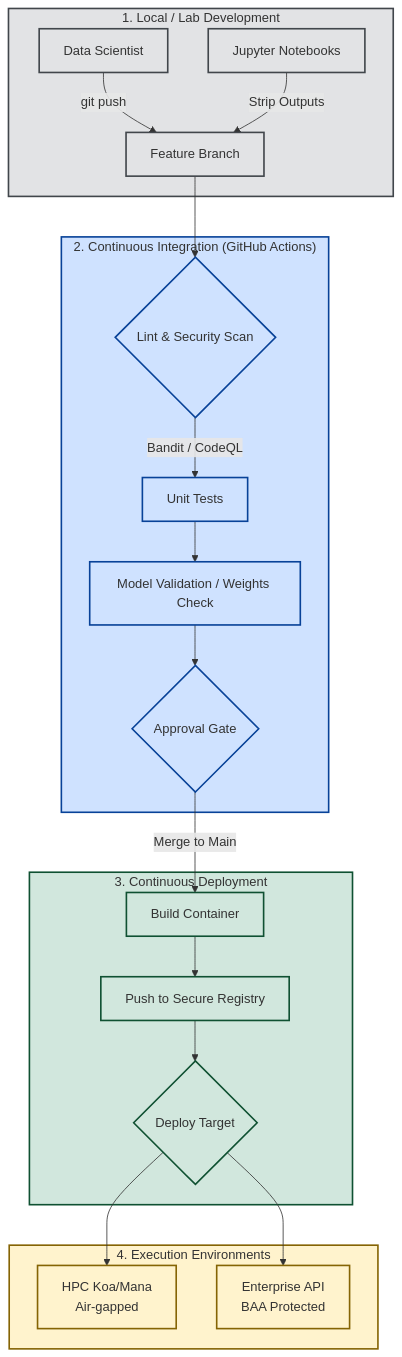
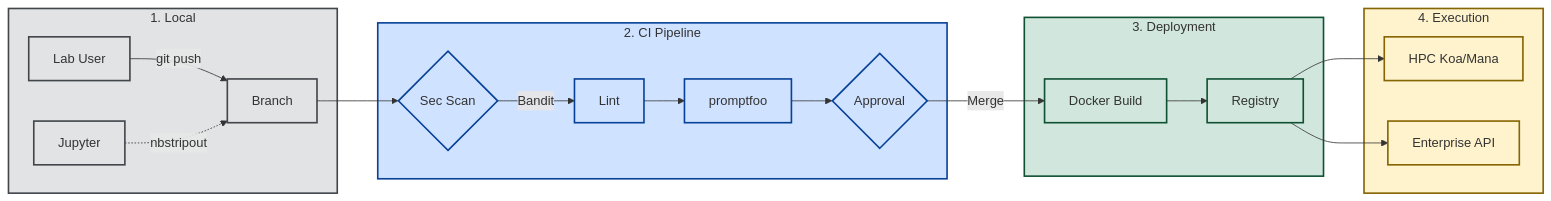
One commit to University-of-Hawaii-Cancer-Center/-AI-DEVSECOPS-UHCC changed the third of 4 diagrams in README.md. Above: the diagram before and after it, drawn with Mermaid.

Commit message:
Streamline ML Ops Architecture diagram to render horizontally and save vertical space

````diff
--- a/README.md
+++ b/README.md
@@ -113,36 +113,35 @@
 ```mermaid
-graph TD
-    subgraph Dev ["1. Local / Lab Development"]
-        D1[Data Scientist] -->|git push| D2[Feature Branch]
-        D3[Jupyter Notebooks] -->|Strip Outputs| D2
+graph LR
+    subgraph Dev ["1. Local"]
+        D1[Lab User] -->|git push| D2[Branch]
+        D3[Jupyter] -.->|nbstripout| D2
     end
 
-    subgraph CI ["2. Continuous Integration (GitHub Actions)"]
-        D2 --> C1{Lint & Security Scan}
-        C1 -->|Bandit / CodeQL| C2[Unit Tests]
-        C2 --> C3[Model Validation / Weights Check]
-        C3 --> C4{Approval Gate}
+    subgraph CI ["2. CI Pipeline"]
+        D2 --> C1{Sec Scan}
+        C1 -->|Bandit| C2[Lint]
+        C2 --> C3[promptfoo]
+        C3 --> C4{Approval}
     end
 
-    subgraph CD ["3. Continuous Deployment"]
-        C4 -->|Merge to Main| CD1[Build Container]
-        CD1 --> CD2[Push to Secure Registry]
-        CD2 --> CD3{Deploy Target}
+    subgraph CD ["3. Deployment"]
+        C4 -->|Merge| CD1[Docker Build]
+        CD1 --> CD2[Registry]
     end
 
-    subgraph Envs ["4. Execution Environments"]
-        CD3 --> E1[HPC Koa/Mana <br/> Air-gapped]
-        CD3 --> E2[Enterprise API <br/> BAA Protected]
+    subgraph Envs ["4. Execution"]
+        CD2 --> E1[HPC Koa/Mana]
+        CD2 --> E2[Enterprise API]
     end
 
     %% Styling
     classDef dev fill:#e2e3e5,stroke:#41464b,stroke-width:2px;
     classDef ci fill:#cfe2ff,stroke:#084298,stroke-width:2px;
     classDef cd fill:#d1e7dd,stroke:#0f5132,stroke-width:2px;
     classDef envs fill:#fff3cd,stroke:#856404,stroke-width:2px;
 
     class Dev,D1,D2,D3 dev;
     class CI,C1,C2,C3,C4 ci;
-    class CD,CD1,CD2,CD3 cd;
+    class CD,CD1,CD2 cd;
     class Envs,E1,E2 envs;
 ```
````
